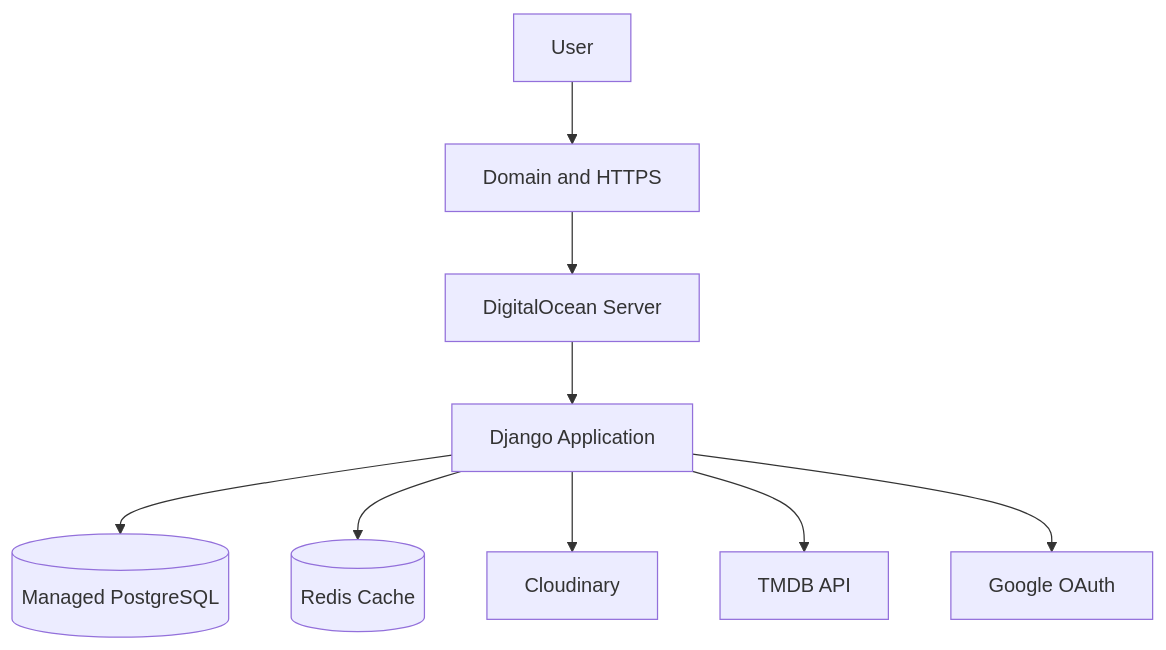
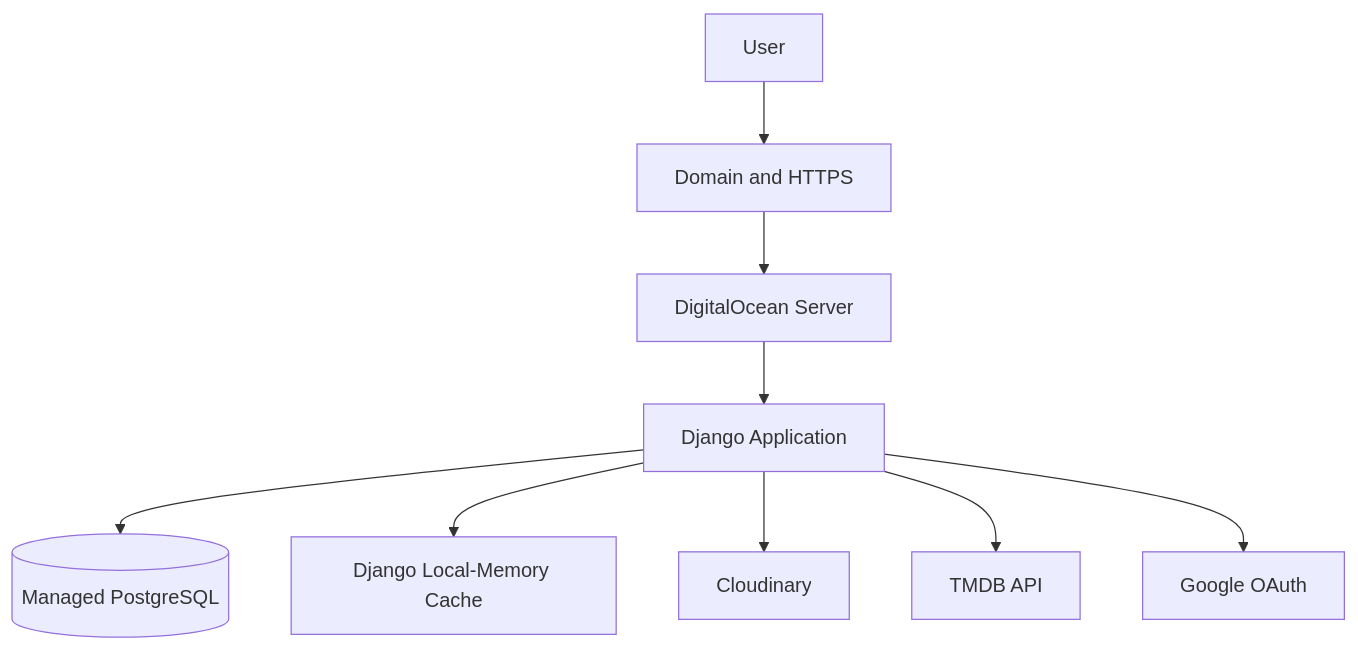
One commit to dnjor/RateScene-showcase changed the fourth of 4 diagrams in README.md. Above: the diagram before and after it, drawn with Mermaid. The commit also changed other lines of this file, not shown here.

````diff
--- a/README.md
+++ b/README.md
@@ -319,12 +321,12 @@
 ```mermaid
 flowchart TD
     A[User] --> B[Domain and HTTPS]
     B --> C[DigitalOcean Server]
     C --> D[Django Application]
 
     D --> E[(Managed PostgreSQL)]
-    D --> F[(Redis Cache)]
+    D --> F[Django Local-Memory Cache]
     D --> G[Cloudinary]
     D --> H[TMDB API]
     D --> I[Google OAuth]
 ```
````
